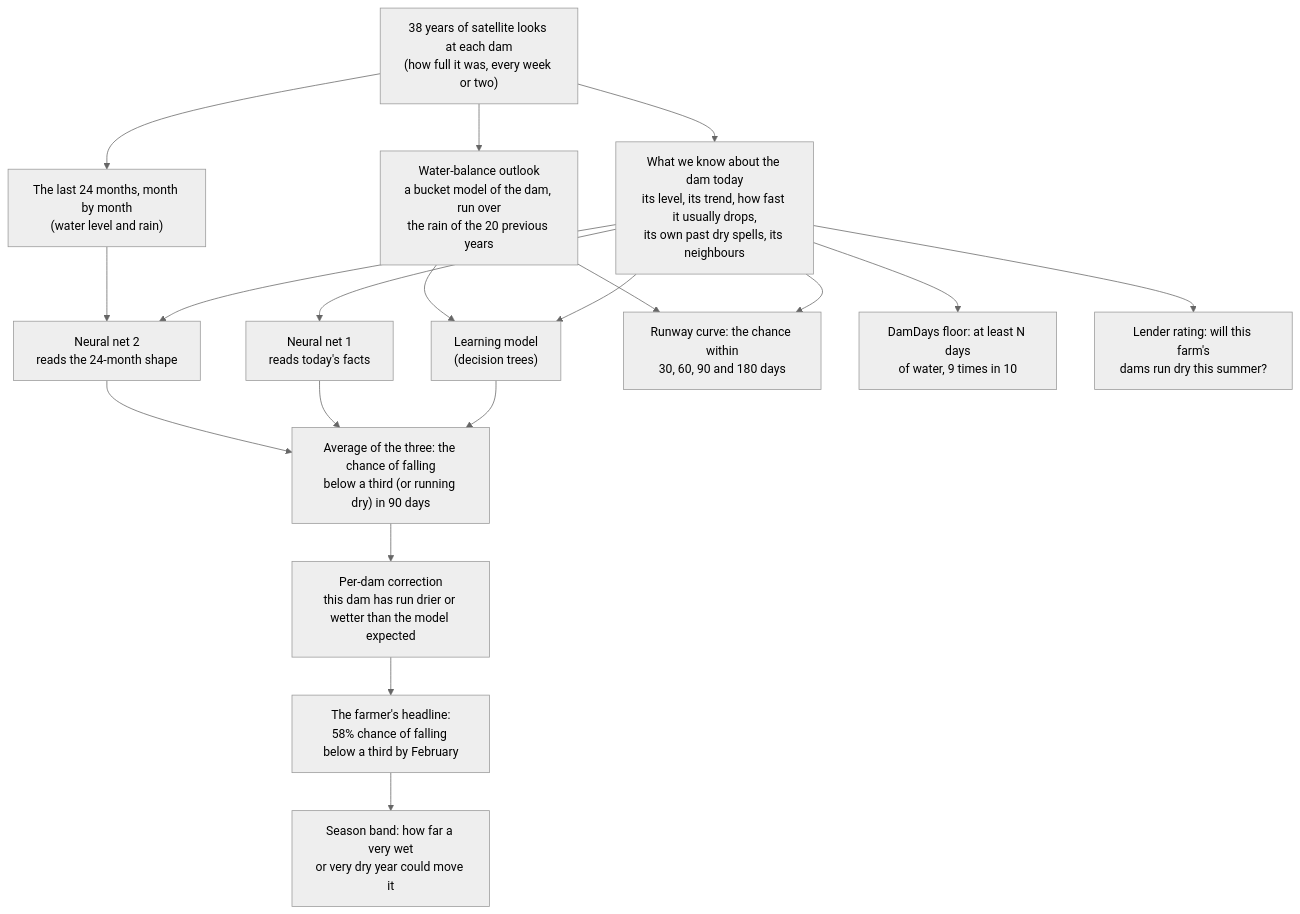
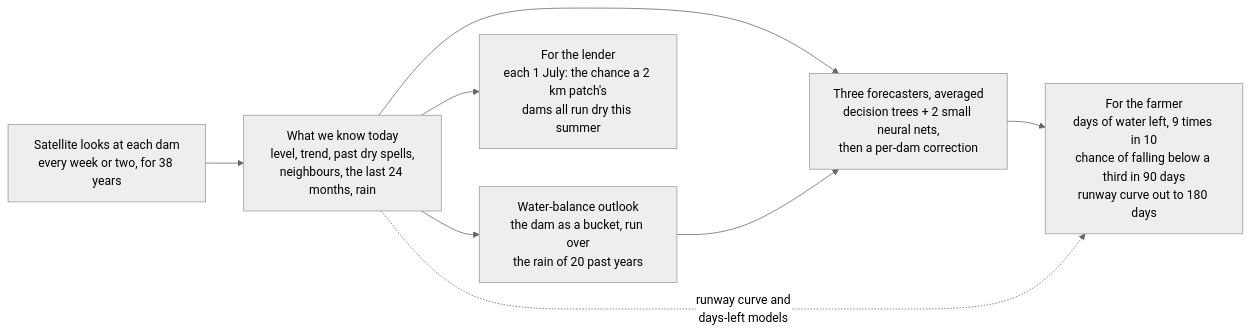
The diagram in docs/HOW_IT_WORKS.md (Shaugato/damdays), drawn with Mermaid (neutral theme) before and after one commit. The commit also changed other lines of this file and 4 other files, not shown here.

````diff
--- a/docs/HOW_IT_WORKS.md
+++ b/docs/HOW_IT_WORKS.md
@@ -14,21 +19,10 @@
 ```mermaid
-flowchart TD
-    A["38 years of satellite looks at each dam<br/>(how full it was, every week or two)"] --> B["What we know about the dam today<br/>its level, its trend, how fast it usually drops,<br/>its own past dry spells, its neighbours"]
-    A --> S["The last 24 months, month by month<br/>(water level and rain)"]
-    A --> W["Water-balance outlook<br/>a bucket model of the dam, run over<br/>the rain of the 20 previous years"]
-    B --> T["Learning model<br/>(decision trees)"]
-    W --> T
-    B --> N1["Neural net 1<br/>reads today's facts"]
-    B --> N2["Neural net 2<br/>reads the 24-month shape"]
-    S --> N2
-    T --> M["Average of the three: the chance of falling<br/>below a third (or running dry) in 90 days"]
-    N1 --> M
-    N2 --> M
-    M --> D["Per-dam correction<br/>this dam has run drier or wetter than the model expected"]
-    D --> E["The farmer's headline:<br/>58% chance of falling below a third by February"]
-    E --> F["Season band: how far a very wet<br/>or very dry year could move it"]
-    B --> G["Runway curve: the chance within<br/>30, 60, 90 and 180 days"]
-    W --> G
-    B --> H["DamDays floor: at least N days<br/>of water, 9 times in 10"]
-    B --> I["Lender rating: will this farm's<br/>dams run dry this summer?"]
+flowchart LR
+    A["Satellite looks at each dam<br/>every week or two, for 38 years"] --> B["What we know today<br/>level, trend, past dry spells,<br/>neighbours, the last 24 months, rain"]
+    B --> W["Water-balance outlook<br/>the dam as a bucket, run over<br/>the rain of 20 past years"]
+    B --> C["Three forecasters, averaged<br/>decision trees + 2 small neural nets,<br/>then a per-dam correction"]
+    W --> C
+    C --> F["For the farmer<br/>days of water left, 9 times in 10<br/>chance of falling below a third in 90 days<br/>runway curve out to 180 days"]
+    B -.->|"runway curve and<br/>days-left models"| F
+    B --> L["For the lender<br/>each 1 July: the chance a 2 km patch's<br/>dams all run dry this summer"]
 ```
````
